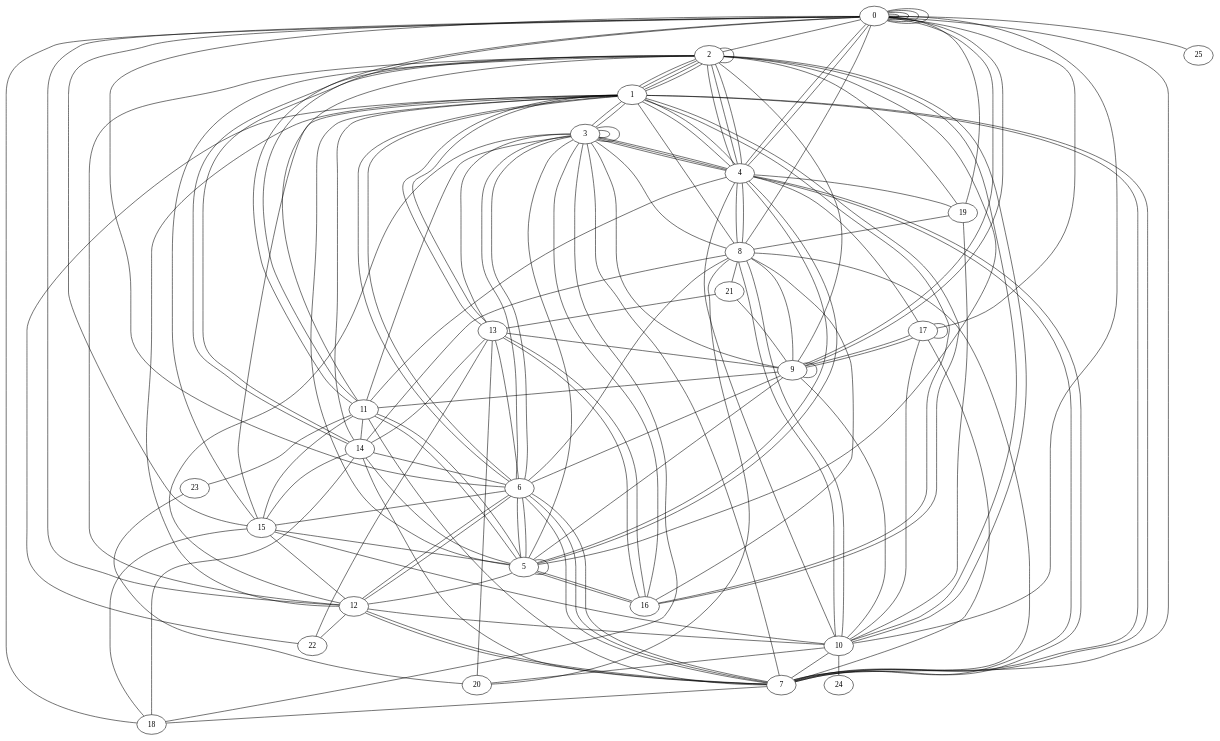
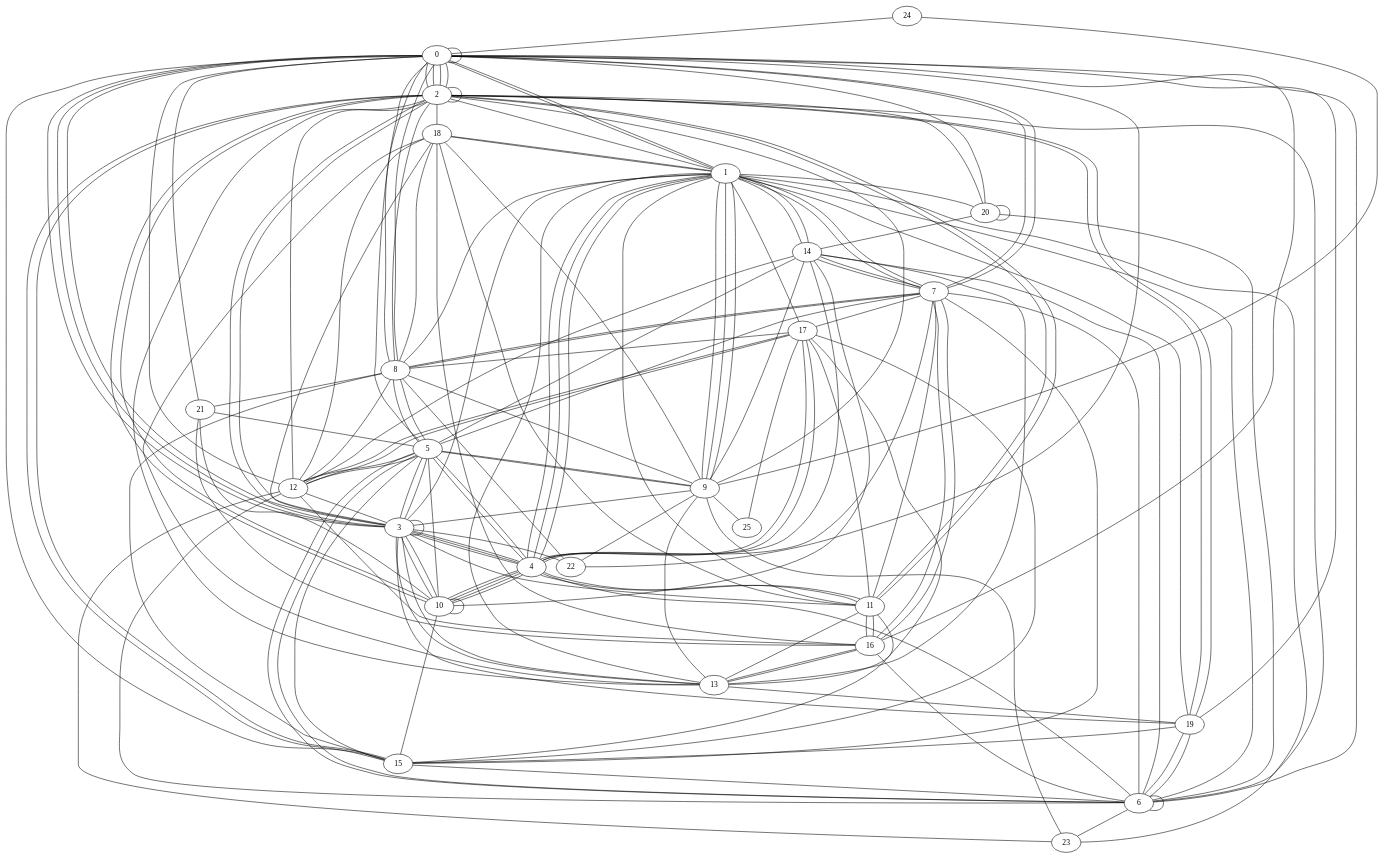
Before and after one commit to denizsurmeli/random-graph-generator: the diagram in feeds/out/O-9-26-26-PM.dot, drawn with Graphviz. The commit also changed 578 other files, not shown here.

```diff
--- a/feeds/out/O-9-26-26-PM.dot
+++ b/feeds/out/O-9-26-26-PM.dot
@@ -1,177 +1,196 @@
 graph G {
 0;
 1;
 2;
 3;
 4;
 5;
 6;
 7;
 8;
 9;
 10;
 11;
 12;
 13;
 14;
 15;
 16;
 17;
 18;
 19;
 20;
 21;
 22;
 23;
 24;
 25;
+11--3 ;
+19--6 ;
+8--0 ;
+2--12 ;
+2--3 ;
+10--15 ;
+19--2 ;
+5--3 ;
+9--1 ;
+16--13 ;
+7--0 ;
+10--4 ;
+1--14 ;
+3--10 ;
+8--1 ;
+20--14 ;
+24--0 ;
+12--8 ;
+5--9 ;
+14--7 ;
+4--3 ;
+15--7 ;
+16--7 ;
+14--13 ;
 8--21 ;
-2--12 ;
+7--8 ;
+1--4 ;
+13--19 ;
+15--5 ;
+8--9 ;
+8--5 ;
+0--15 ;
+16--6 ;
+17--11 ;
+0--3 ;
+16--12 ;
+12--3 ;
+9--23 ;
+0--0 ;
+4--17 ;
+13--3 ;
+9--14 ;
+9--13 ;
+5--14 ;
+15--6 ;
+6--0 ;
+11--4 ;
+5--8 ;
+24--9 ;
+4--5 ;
+15--8 ;
+3--0 ;
+18--1 ;
+1--0 ;
+0--22 ;
+17--12 ;
+2--11 ;
+0--2 ;
+12--17 ;
+20--6 ;
+16--18 ;
+7--4 ;
+10--21 ;
+4--14 ;
+4--6 ;
+23--12 ;
+0--2 ;
+11--16 ;
+13--11 ;
+3--0 ;
+18--9 ;
+2--13 ;
+7--1 ;
+14--10 ;
+11--16 ;
 4--3 ;
-16--5 ;
+5--10 ;
+2--6 ;
+4--10 ;
+16--0 ;
+7--17 ;
+2--3 ;
+11--7 ;
+1--4 ;
+3--3 ;
+1--20 ;
+5--3 ;
+16--7 ;
+5--12 ;
+17--15 ;
+0--8 ;
+15--11 ;
+18--12 ;
+5--6 ;
+21--16 ;
+18--8 ;
+1--2 ;
+2--2 ;
+18--1 ;
+2--10 ;
+13--1 ;
+22--8 ;
+2--0 ;
+9--5 ;
+7--14 ;
+1--17 ;
+4--10 ;
+0--21 ;
+10--3 ;
+4--11 ;
+12--14 ;
+18--3 ;
+1--14 ;
+1--19 ;
+2--18 ;
+3--4 ;
+5--0 ;
+2--15 ;
+7--1 ;
+1--11 ;
+20--20 ;
+23--1 ;
+9--1 ;
+13--3 ;
+3--22 ;
+20--2 ;
+0--12 ;
+9--3 ;
+5--4 ;
+9--25 ;
+19--15 ;
+0--20 ;
+1--0 ;
+3--19 ;
+17--13 ;
+6--14 ;
 6--7 ;
-7--3 ;
-6--12 ;
-2--5 ;
-2--1 ;
-11--2 ;
-1--6 ;
-1--6 ;
-7--14 ;
-5--3 ;
-5--12 ;
+0--7 ;
+4--17 ;
+12--5 ;
+10--10 ;
+1--3 ;
+1--9 ;
+15--2 ;
+4--1 ;
+4--10 ;
+9--22 ;
+7--8 ;
+7--5 ;
+21--5 ;
+6--19 ;
+6--1 ;
+6--6 ;
+17--8 ;
+0--19 ;
+10--2 ;
+5--6 ;
+2--9 ;
+19--2 ;
+8--2 ;
 12--6 ;
-15--5 ;
-8--0 ;
-10--19 ;
-17--9 ;
-1--7 ;
-16--3 ;
-13--14 ;
-11--0 ;
-15--14 ;
-5--16 ;
-15--11 ;
-18--14 ;
-0--17 ;
-8--7 ;
-15--10 ;
-6--9 ;
-0--10 ;
-15--2 ;
-1--8 ;
-8--14 ;
-1--14 ;
-13--22 ;
-0--4 ;
-10--7 ;
-4--8 ;
-9--10 ;
-11--4 ;
-12--3 ;
-1--3 ;
-15--12 ;
-0--18 ;
-0--6 ;
-17--7 ;
-3--3 ;
-0--9 ;
-7--12 ;
-3--4 ;
-16--8 ;
-9--21 ;
-1--4 ;
-1--13 ;
-13--9 ;
-14--6 ;
-5--6 ;
-6--5 ;
-8--6 ;
-2--4 ;
-4--7 ;
-2--2 ;
-4--5 ;
-7--4 ;
-11--14 ;
-10--4 ;
-6--13 ;
-1--12 ;
-3--6 ;
-2--1 ;
-15--0 ;
-4--2 ;
-9--3 ;
-8--4 ;
-4--3 ;
-12--10 ;
-10--20 ;
-0--25 ;
-22--1 ;
-2--1 ;
-5--5 ;
-15--1 ;
-6--7 ;
-17--9 ;
-0--2 ;
-2--1 ;
-9--11 ;
-6--15 ;
-12--7 ;
-0--19 ;
-2--14 ;
-19--8 ;
-11--0 ;
-5--11 ;
-17--17 ;
-9--0 ;
-0--0 ;
-0--4 ;
-9--5 ;
-10--8 ;
-1--5 ;
-1--3 ;
-3--3 ;
-7--18 ;
-21--13 ;
-7--1 ;
-1--16 ;
-10--24 ;
-10--2 ;
-14--5 ;
-11--23 ;
-3--6 ;
-4--17 ;
-20--8 ;
+18--13 ;
+18--11 ;
+2--11 ;
+6--23 ;
+17--25 ;
 13--16 ;
-4--19 ;
-13--3 ;
-7--6 ;
-16--13 ;
-16--1 ;
-9--2 ;
-7--11 ;
-10--8 ;
-3--8 ;
-20--13 ;
-0--0 ;
-0--0 ;
-4--2 ;
-18--3 ;
-12--22 ;
-0--0 ;
-1--13 ;
-17--10 ;
-9--8 ;
-11--3 ;
-14--2 ;
-7--0 ;
-23--20 ;
-9--9 ;
-19--2 ;
-4--1 ;
-5--4 ;
-12--0 ;
-10--2 ;
-15--18 ;
-5--11 ;
+2--0 ;
 }
```
